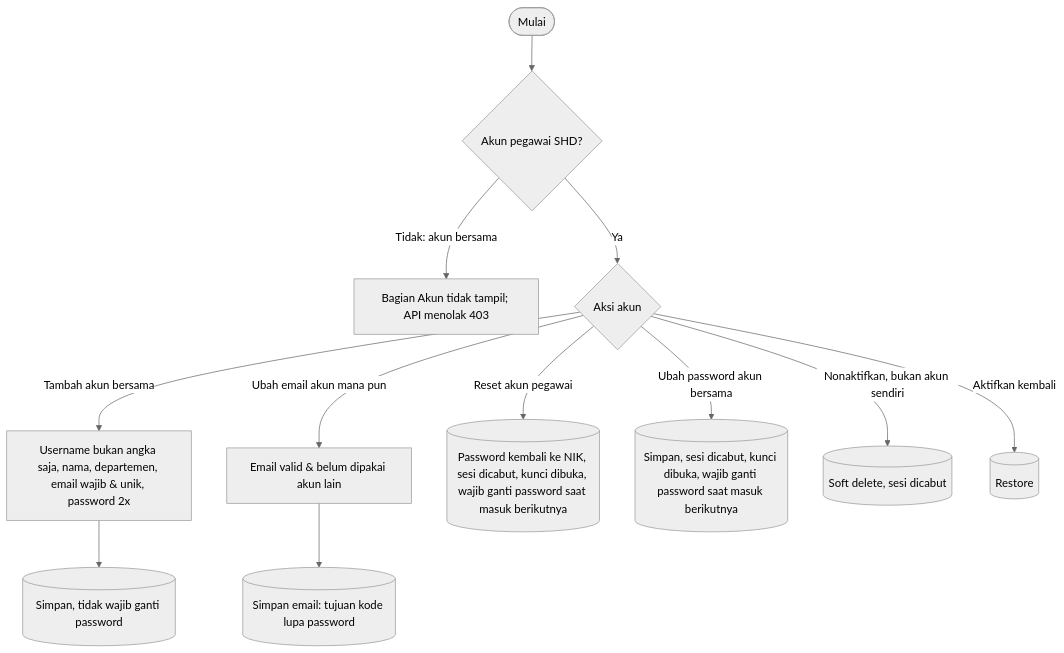
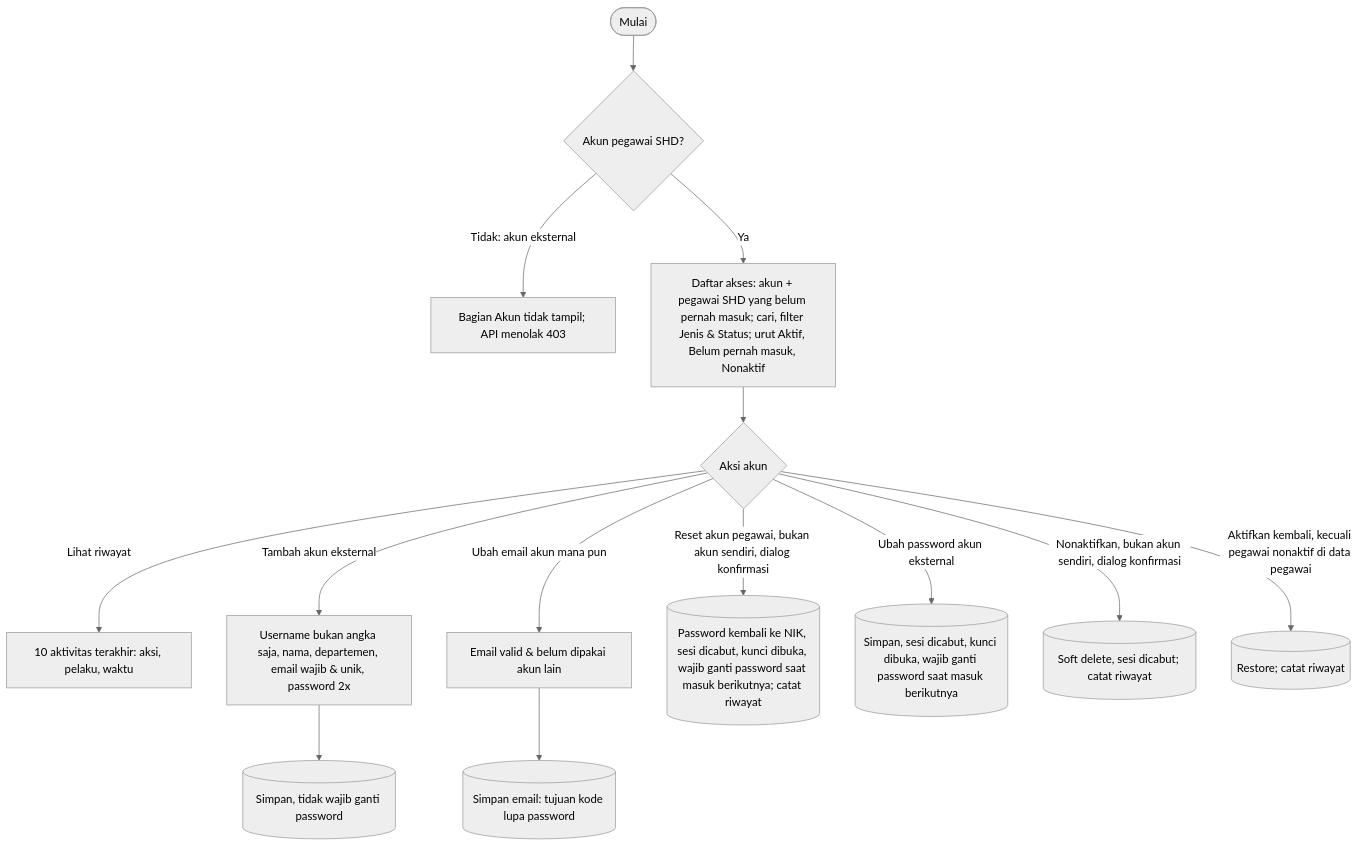
Before and after one commit to mrizqihidayat/system-tracking-asset: diagram 12 of 14 in docs/flowchart.md, drawn with Mermaid (neutral theme). The commit also changed other lines of this file and 40 other files, not shown here.

First line of the commit message:
T41: tab Pengaturan > Akun (daftar akses) dan istilah akun eksternal

````diff
--- a/docs/flowchart.md
+++ b/docs/flowchart.md
@@ -359,12 +359,13 @@
 ```mermaid
 flowchart TD
     A([Mulai]) --> AKUN{Akun pegawai SHD?}
-    AKUN -- Tidak: akun bersama --> AK2[Bagian Akun tidak tampil; API menolak 403]
-    AKUN -- Ya --> K{Aksi akun}
-    K -- Tambah akun bersama --> K1[Username bukan angka saja, nama, departemen, email wajib & unik, password 2x] --> K2[(Simpan, tidak wajib ganti password)]
+    AKUN -- Tidak: akun eksternal --> AK2[Bagian Akun tidak tampil; API menolak 403]
+    AKUN -- Ya --> L[Daftar akses: akun + pegawai SHD yang belum pernah masuk; cari, filter Jenis & Status; urut Aktif, Belum pernah masuk, Nonaktif] --> K{Aksi akun}
+    K -- Lihat riwayat --> K9[10 aktivitas terakhir: aksi, pelaku, waktu]
+    K -- Tambah akun eksternal --> K1[Username bukan angka saja, nama, departemen, email wajib & unik, password 2x] --> K2[(Simpan, tidak wajib ganti password)]
     K -- Ubah email akun mana pun --> K7[Email valid & belum dipakai akun lain] --> K8[(Simpan email: tujuan kode lupa password)]
-    K -- Reset akun pegawai --> K3[(Password kembali ke NIK, sesi dicabut, kunci dibuka, wajib ganti password saat masuk berikutnya)]
-    K -- Ubah password akun bersama --> K4[(Simpan, sesi dicabut, kunci dibuka, wajib ganti password saat masuk berikutnya)]
-    K -- Nonaktifkan, bukan akun sendiri --> K5[(Soft delete, sesi dicabut)]
-    K -- Aktifkan kembali --> K6[(Restore)]
+    K -- Reset akun pegawai, bukan akun sendiri, dialog konfirmasi --> K3[(Password kembali ke NIK, sesi dicabut, kunci dibuka, wajib ganti password saat masuk berikutnya; catat riwayat)]
+    K -- Ubah password akun eksternal --> K4[(Simpan, sesi dicabut, kunci dibuka, wajib ganti password saat masuk berikutnya)]
+    K -- Nonaktifkan, bukan akun sendiri, dialog konfirmasi --> K5[(Soft delete, sesi dicabut; catat riwayat)]
+    K -- Aktifkan kembali, kecuali pegawai nonaktif di data pegawai --> K6[(Restore; catat riwayat)]
 ```
````
